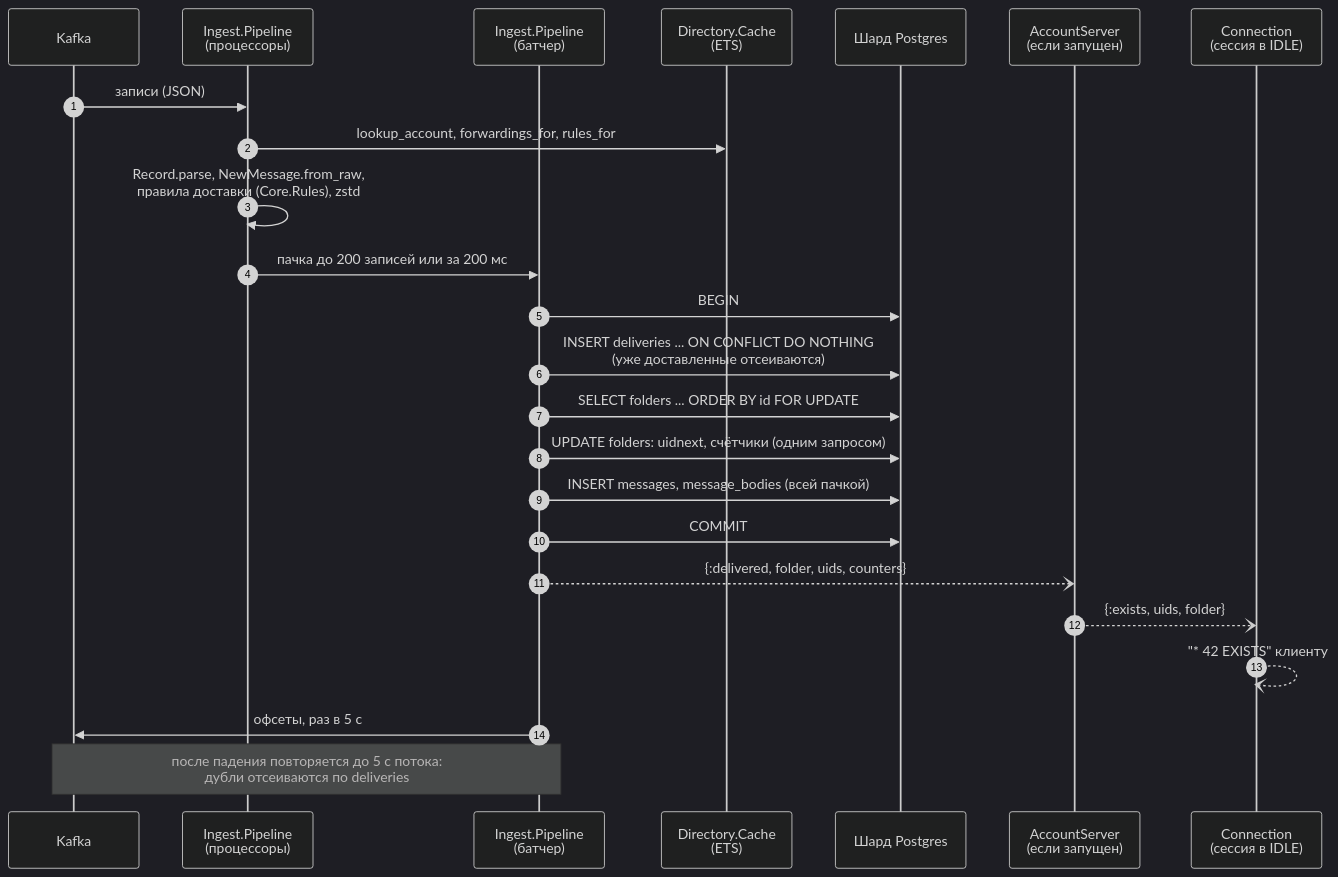
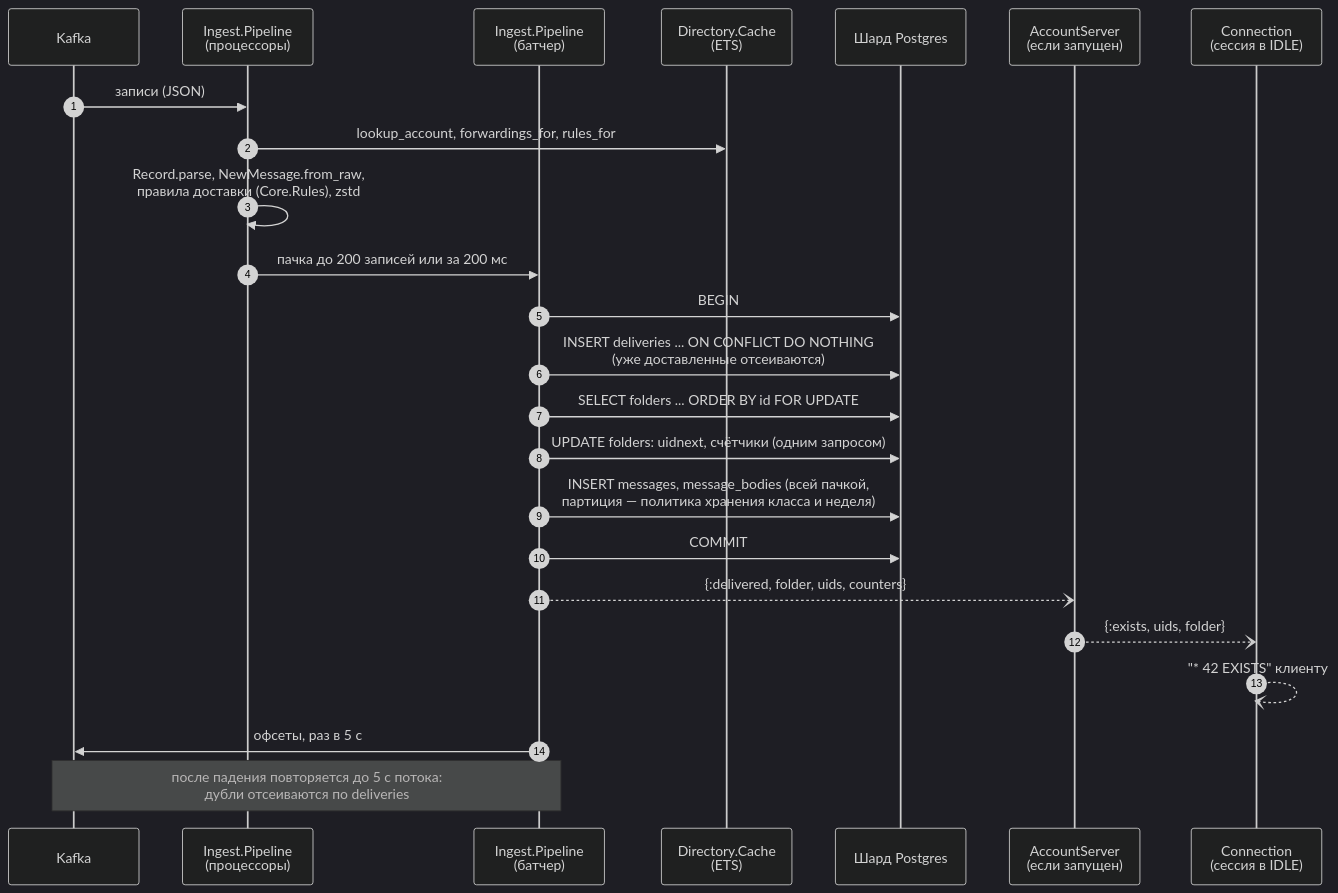
The fourth of 8 diagrams in docs/architecture.md (ichi404gh/mailstore), drawn with Mermaid (dark theme) before and after one commit. The commit also changed other lines of this file, not shown here.

First line of the commit message:
Bring the architecture diagrams up to date with retention and the cold tier

````diff
--- a/docs/architecture.md
+++ b/docs/architecture.md
@@ -154,27 +158,27 @@
 ```mermaid
 sequenceDiagram
   autonumber
   participant K as Kafka
   participant P as Ingest.Pipeline<br/>(процессоры)
   participant B as Ingest.Pipeline<br/>(батчер)
   participant DC as Directory.Cache<br/>(ETS)
   participant PG as Шард Postgres
   participant A as AccountServer<br/>(если запущен)
   participant C as Connection<br/>(сессия в IDLE)
 
   K->>P: записи (JSON)
   P->>DC: lookup_account, forwardings_for, rules_for
   P->>P: Record.parse, NewMessage.from_raw,<br/>правила доставки (Core.Rules), zstd
   P->>B: пачка до 200 записей или за 200 мс
   B->>PG: BEGIN
   B->>PG: INSERT deliveries ... ON CONFLICT DO NOTHING<br/>(уже доставленные отсеиваются)
   B->>PG: SELECT folders ... ORDER BY id FOR UPDATE
   B->>PG: UPDATE folders: uidnext, счётчики (одним запросом)
-  B->>PG: INSERT messages, message_bodies (всей пачкой)
+  B->>PG: INSERT messages, message_bodies (всей пачкой,<br/>партиция — политика хранения класса и неделя)
   B->>PG: COMMIT
   B--)A: {:delivered, folder, uids, counters}
   A--)C: {:exists, uids, folder}
   C--)C: "* 42 EXISTS" клиенту
   B->>K: офсеты, раз в 5 с
   Note over B,K: после падения повторяется до 5 с потока:<br/>дубли отсеиваются по deliveries
 ```
````
